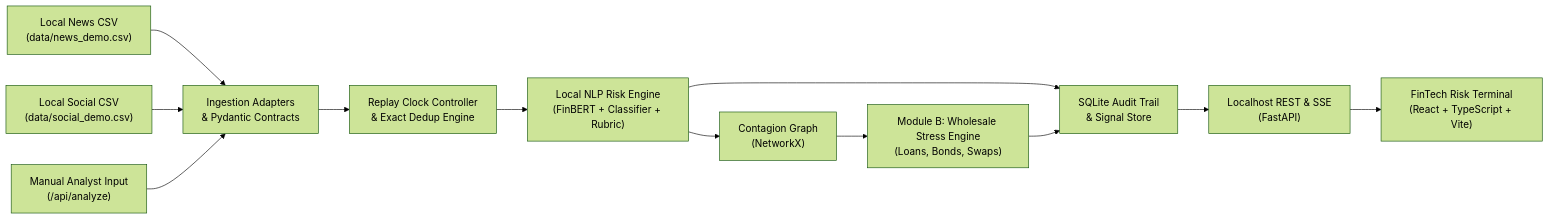
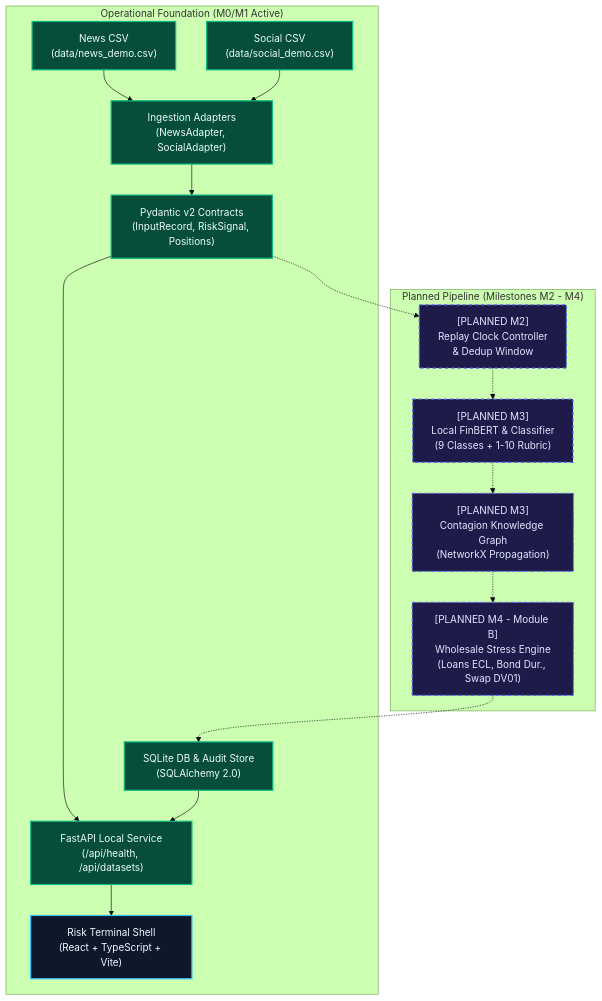
One commit to amaannn08/iit-kharagpur-aman-gupta-hackathon changed the diagram in README.md. Above: the diagram before and after it, drawn with Mermaid (forest theme). The commit also changed other lines of this file and 1 other file, not shown here.

````diff
--- a/README.md
+++ b/README.md
@@ -37,14 +41,27 @@
 ```mermaid
-flowchart LR
-    A["Local News CSV\n(data/news_demo.csv)"] --> C["Ingestion Adapters\n& Pydantic Contracts"]
-    B["Local Social CSV\n(data/social_demo.csv)"] --> C
-    M["Manual Analyst Input\n(/api/analyze)"] --> C
-    C --> R["Replay Clock Controller\n& Exact Dedup Engine"]
-    R --> N["Local NLP Risk Engine\n(FinBERT + Classifier + Rubric)"]
-    N --> S["SQLite Audit Trail\n& Signal Store"]
-    N --> G["Contagion Graph\n(NetworkX)"]
-    G --> T["Module B: Wholesale Stress Engine\n(Loans, Bonds, Swaps)"]
-    T --> S
-    S --> API["Localhost REST & SSE\n(FastAPI)"]
-    API --> UI["FinTech Risk Terminal\n(React + TypeScript + Vite)"]
+flowchart TD
+    subgraph Operational["Operational Foundation (M0/M1 Active)"]
+        N["News CSV\n(data/news_demo.csv)"] --> ADAPT["Ingestion Adapters\n(NewsAdapter, SocialAdapter)"]
+        S["Social CSV\n(data/social_demo.csv)"] --> ADAPT
+        ADAPT --> CONT["Pydantic v2 Contracts\n(InputRecord, RiskSignal, Positions)"]
+        CONT --> API["FastAPI Local Service\n(/api/health, /api/datasets)"]
+        DB["SQLite DB & Audit Store\n(SQLAlchemy 2.0)"] --> API
+        API --> UI["Risk Terminal Shell\n(React + TypeScript + Vite)"]
+    end
+
+    subgraph Roadmap["Planned Pipeline (Milestones M2 - M4)"]
+        CONT -.-> CLK["[PLANNED M2]\nReplay Clock Controller\n& Dedup Window"]
+        CLK -.-> NLP["[PLANNED M3]\nLocal FinBERT & Classifier\n(9 Classes + 1-10 Rubric)"]
+        NLP -.-> GRAPH["[PLANNED M3]\nContagion Knowledge Graph\n(NetworkX Propagation)"]
+        GRAPH -.-> STRESS["[PLANNED M4 - Module B]\nWholesale Stress Engine\n(Loans ECL, Bond Dur., Swap DV01)"]
+        STRESS -.-> DB
+    end
+
+    classDef active fill:#064e3b,stroke:#10b981,stroke-width:2px,color:#ecfdf5;
+    classDef planned fill:#1e1b4b,stroke:#6366f1,stroke-width:2px,stroke-dasharray: 5 5,color:#e0e7ff;
+    classDef shell fill:#0f172a,stroke:#38bdf8,stroke-width:2px,color:#f0f9ff;
+
+    class N,S,ADAPT,CONT,API,DB active;
+    class CLK,NLP,GRAPH,STRESS planned;
+    class UI shell;
 ```
````
